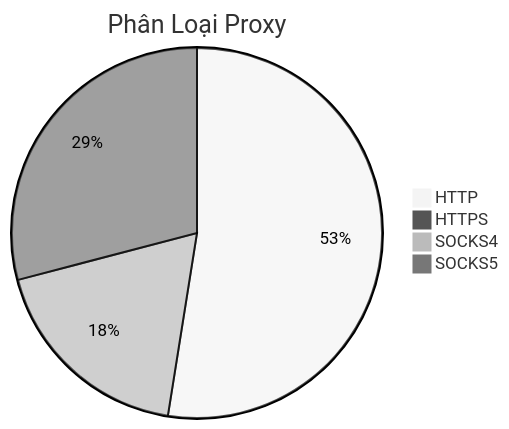
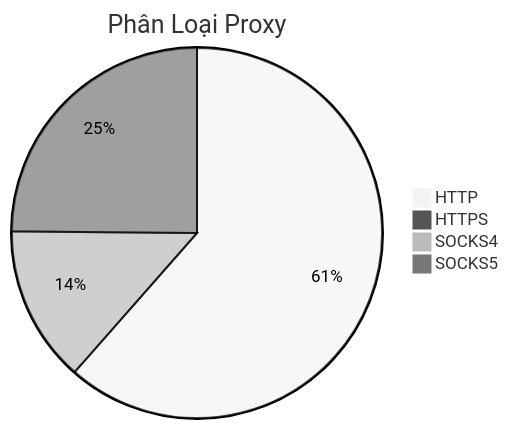
Before and after one commit to Ciara-12/PROXY-free: the diagram in README.md, drawn with Mermaid (neutral theme). The commit also changed other lines of this file and 3 other files, not shown here.

````diff
--- a/README.md
+++ b/README.md
@@ -26,7 +26,7 @@
 ```mermaid
 pie title Phân Loại Proxy
-    "HTTP" : 522
+    "HTTP" : 851
     "HTTPS" : 0
-    "SOCKS4" : 183
-    "SOCKS5" : 289
+    "SOCKS4" : 189
+    "SOCKS5" : 344
 ```
````
